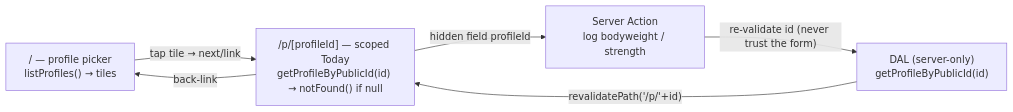
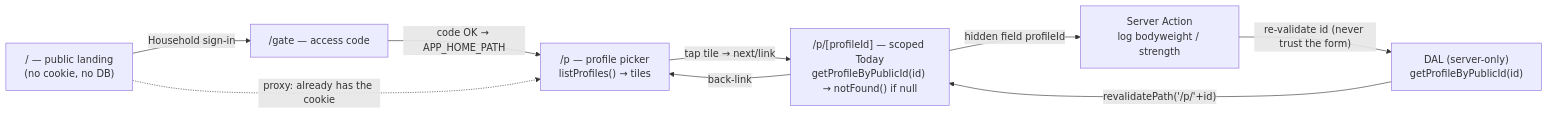
Before and after one commit to ralamode/mat-plan: the fourth of 11 diagrams in docs/architecture.md, drawn with Mermaid. The commit also changed other lines of this file and 30 other files, not shown here.

First line of the commit message:
feat(oss-2a): a public landing page at /, the app moves behind it to /p

````diff
--- a/docs/architecture.md
+++ b/docs/architecture.md
@@ -103,13 +109,18 @@
 ```mermaid
 flowchart LR
-  PICKER["/ — profile picker<br/>listProfiles() → tiles"]
+  LANDING["/ — public landing<br/>(no cookie, no DB)"]
+  GATE["/gate — access code"]
+  PICKER["/p — profile picker<br/>listProfiles() → tiles"]
   TODAY["/p/[profileId] — scoped Today<br/>getProfileByPublicId(id) → notFound() if null"]
   ACT["Server Action<br/>log bodyweight / strength"]
   DAL["DAL (server-only)<br/>getProfileByPublicId(id)"]
 
+  LANDING -->|"Household sign-in"| GATE
+  GATE -->|"code OK → APP_HOME_PATH"| PICKER
+  LANDING -.->|"proxy: already has the cookie"| PICKER
   PICKER -->|"tap tile → next/link"| TODAY
   TODAY -->|"back-link"| PICKER
   TODAY -->|"hidden field profileId"| ACT
   ACT -->|"re-validate id (never trust the form)"| DAL
   DAL -->|"revalidatePath('/p/'+id)"| TODAY
 ```
````
